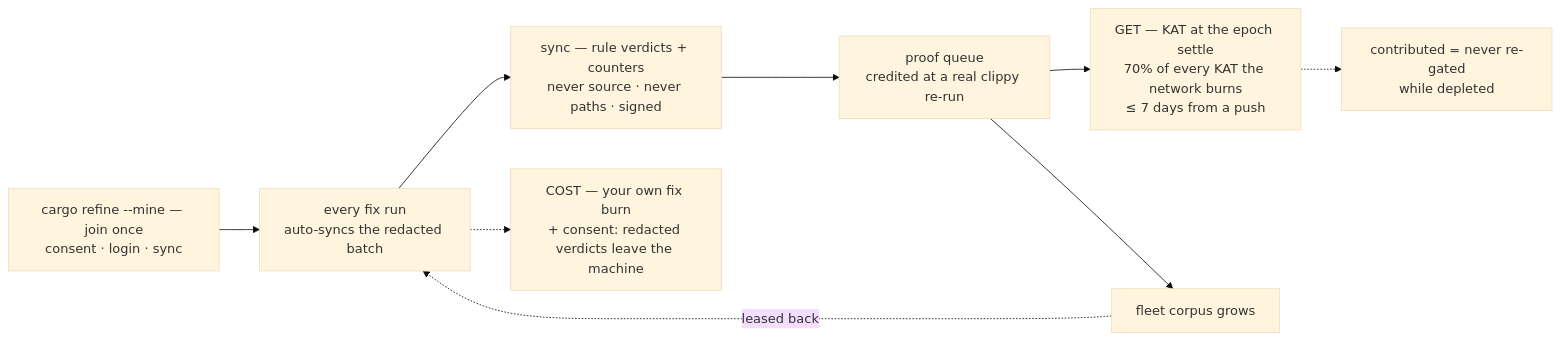
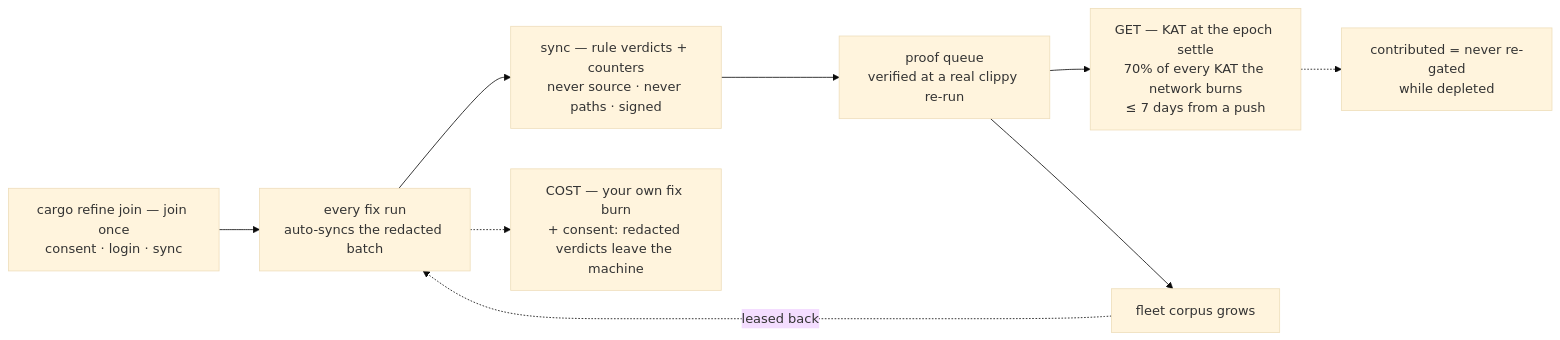
The second of 4 diagrams in .docs/01_orientation/role_flows.md (riir-ai/riir-refine), drawn with Mermaid (base theme) before and after one commit. The commit also changed other lines of this file and 15 other files, not shown here.

````diff
--- a/.docs/01_orientation/role_flows.md
+++ b/.docs/01_orientation/role_flows.md
@@ -121,11 +121,11 @@
 ```mermaid
 flowchart LR
-    JOIN["cargo refine --mine — join once<br/>consent · login · sync"] --> RUN["every fix run<br/>auto-syncs the redacted batch"]
+    JOIN["cargo refine join — join once<br/>consent · login · sync"] --> RUN["every fix run<br/>auto-syncs the redacted batch"]
     RUN --> PUSH["sync — rule verdicts + counters<br/>never source · never paths · signed"]
-    PUSH --> PROOF["proof queue<br/>credited at a real clippy re-run"]
+    PUSH --> PROOF["proof queue<br/>verified at a real clippy re-run"]
     PROOF --> SETTLE["GET — KAT at the epoch settle<br/>70% of every KAT the network burns<br/>≤ 7 days from a push"]
     RUN -.-> COST["COST — your own fix burn<br/>+ consent: redacted verdicts leave the machine"]
     SETTLE -.-> LIFT["contributed = never re-gated<br/>while depleted"]
     PROOF --> GROW["fleet corpus grows"]
     GROW -.->|"leased back"| RUN
 ```
````
